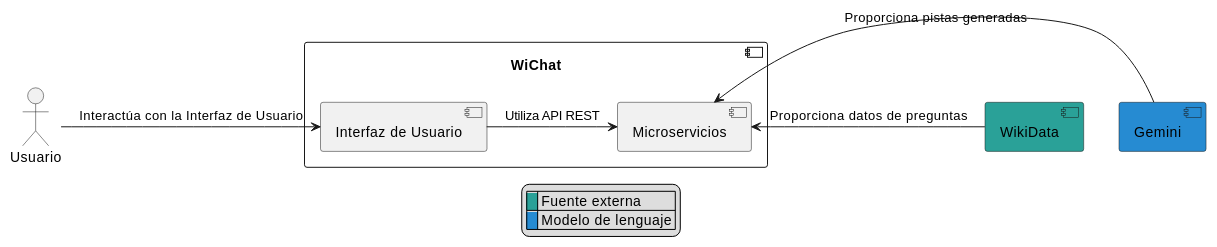
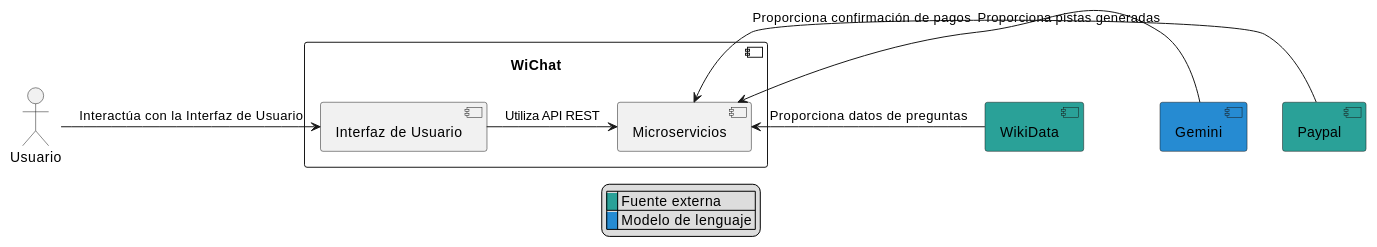
The second of 3 diagrams in docs/src/05_building_block_view.adoc (JavierSanabriaMiranda/wichat_es4a), drawn with PlantUML before and after one commit. The commit also changed other lines of this file and 1 other file, not shown here.

```diff
--- a/docs/src/05_building_block_view.adoc
+++ b/docs/src/05_building_block_view.adoc
@@ -86,25 +91,27 @@
 [plantuml,"building_block_view2",png]
 ----
 @startuml
 Actor a as "Usuario"
 
 Component WiChat {
     Component ui as "Interfaz de Usuario"
     Component ms as "Microservicios"
 }
 
 Component w as "WikiData" #2aa198
 Component g as "Gemini" #268bd2
+Component p as "Paypal" #2aa198
 
 a -> ui: Interactúa con la Interfaz de Usuario
 ui -> ms: Utiliza API REST
 
 ms <- w: Proporciona datos de preguntas
 ms <- g: Proporciona pistas generadas
+ms <- p: Proporciona confirmación de pagos
 
 legend
 |<back:#2aa198>   </back>| Fuente externa |
 |<back:#268bd2>   </back>| Modelo de lenguaje |
 endlegend
 @enduml
 ----
```
